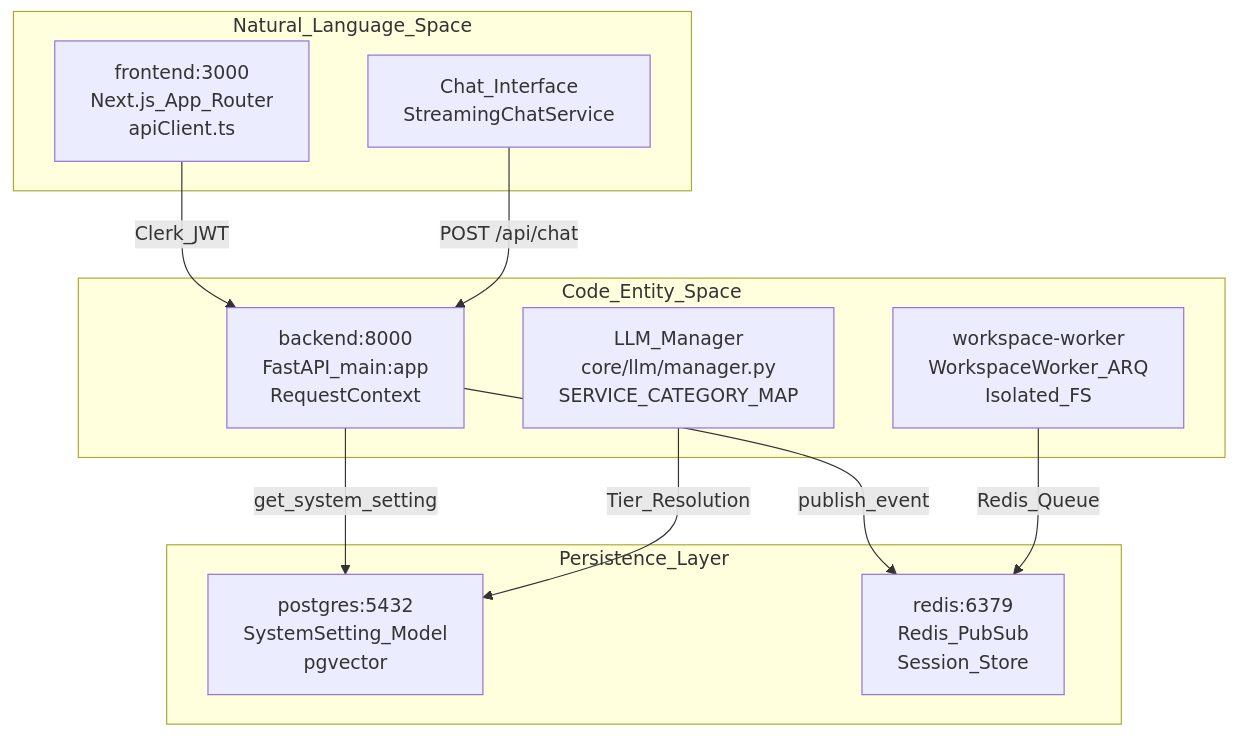
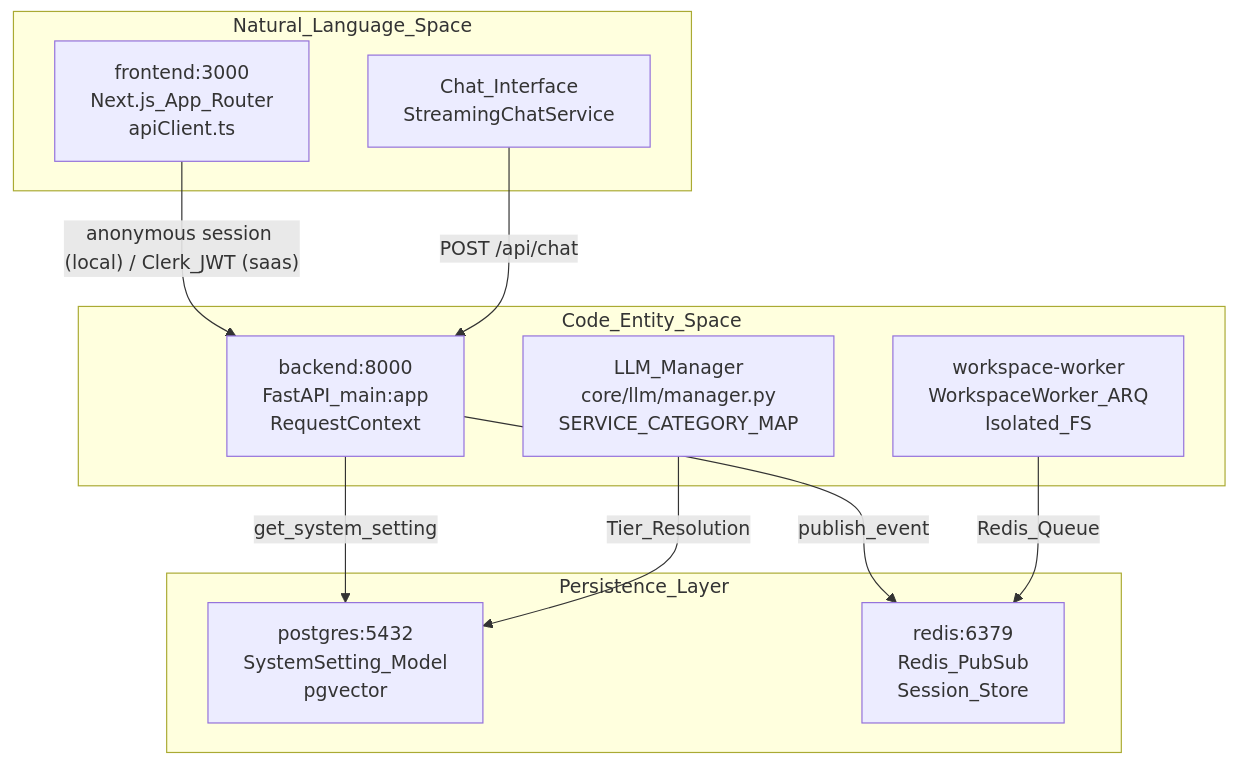
Before and after one commit to AutomatosAI/automatos-ai: the first of 2 diagrams in docs/getting-started/_index.md, drawn with Mermaid. The commit also changed other lines of this file and 19 other files, not shown here.

````diff
--- a/docs/getting-started/_index.md
+++ b/docs/getting-started/_index.md
@@ -64,25 +64,25 @@
 ```mermaid
 graph TB
     subgraph "Natural_Language_Space"
         UI["frontend:3000<br/>Next.js_App_Router<br/>apiClient.ts"]
         Chat["Chat_Interface<br/>StreamingChatService"]
     end
     
     subgraph "Code_Entity_Space"
         API["backend:8000<br/>FastAPI_main:app<br/>RequestContext"]
         Worker["workspace-worker<br/>WorkspaceWorker_ARQ<br/>Isolated_FS"]
         LLM["LLM_Manager<br/>core/llm/manager.py<br/>SERVICE_CATEGORY_MAP"]
     end
     
     subgraph "Persistence_Layer"
         DB["postgres:5432<br/>SystemSetting_Model<br/>pgvector"]
         Cache["redis:6379<br/>Redis_PubSub<br/>Session_Store"]
     end
     
-    UI -->|"Clerk_JWT"| API
+    UI -->|"anonymous session (local) / Clerk_JWT (saas)"| API
     Chat -->|"POST /api/chat"| API
     API -->|"get_system_setting"| DB
     API -->|"publish_event"| Cache
     LLM -->|"Tier_Resolution"| DB
     Worker -->|"Redis_Queue"| Cache
 ```
````
